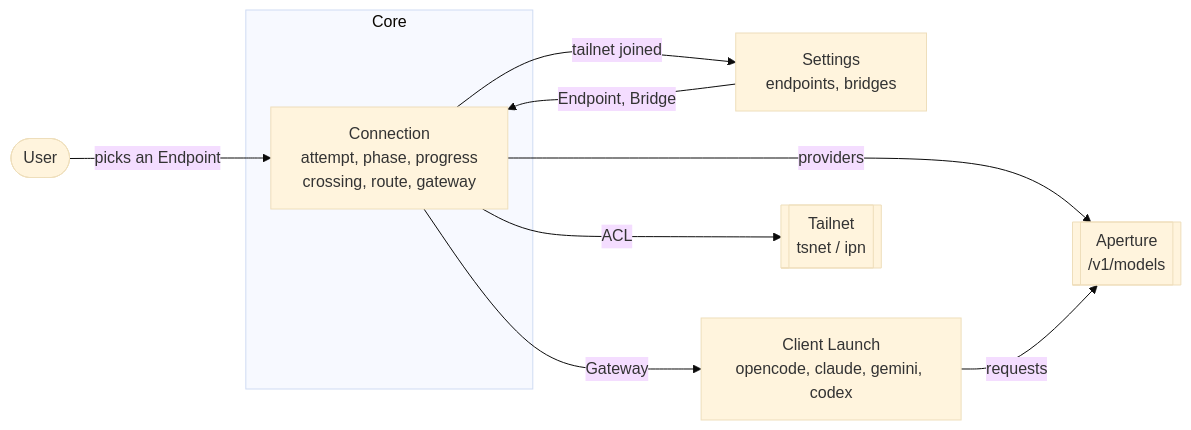
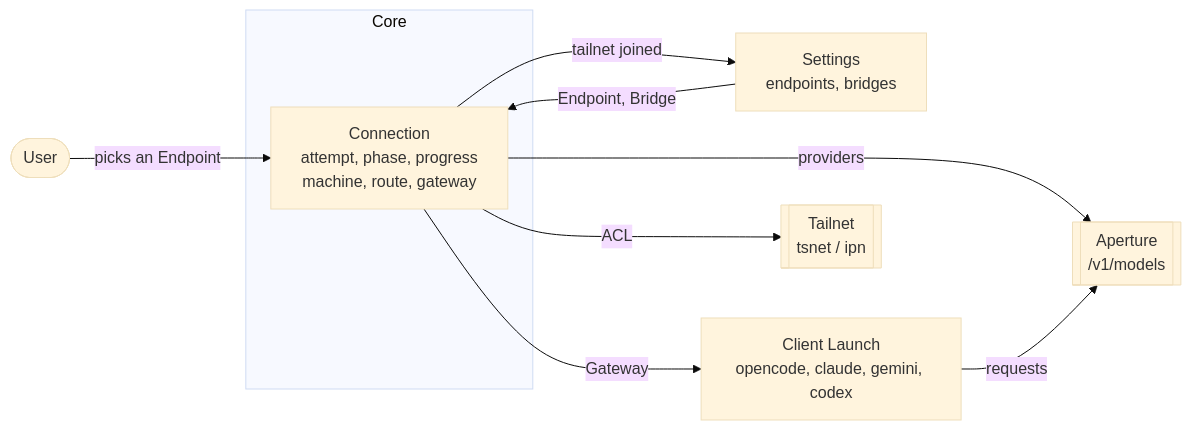
Before and after one commit to tailscale/aperture-cli: the diagram in docs/specs/connection-context-map.md, drawn with Mermaid (base theme). The commit also changed other lines of this file and 4 other files, not shown here.

````diff
--- a/docs/specs/connection-context-map.md
+++ b/docs/specs/connection-context-map.md
@@ -39,19 +47,19 @@
 ```mermaid
 flowchart LR
     User([User])
     subgraph Core
-        Connection[Connection<br/>attempt, phase, progress<br/>crossing, route, gateway]
+        Connection[Connection<br/>attempt, phase, progress<br/>machine, route, gateway]
     end
     Settings[Settings<br/>endpoints, bridges]
     Launch[Client Launch<br/>opencode, claude, gemini, codex]
     Tailnet[[Tailnet<br/>tsnet / ipn]]
     Aperture[[Aperture<br/>/v1/models]]
 
     User -->|picks an Endpoint| Connection
     Settings -->|Endpoint, Bridge| Connection
     Connection -->|tailnet joined| Settings
     Connection -->|Gateway| Launch
     Connection -->|ACL| Tailnet
     Connection -->|providers| Aperture
     Launch -->|requests| Aperture
 ```
````
